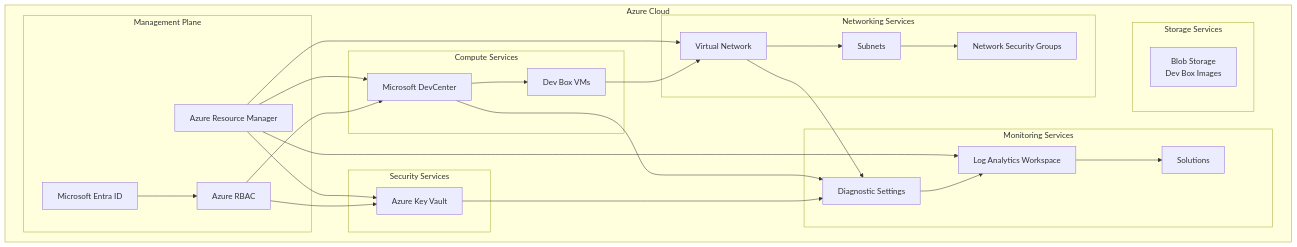
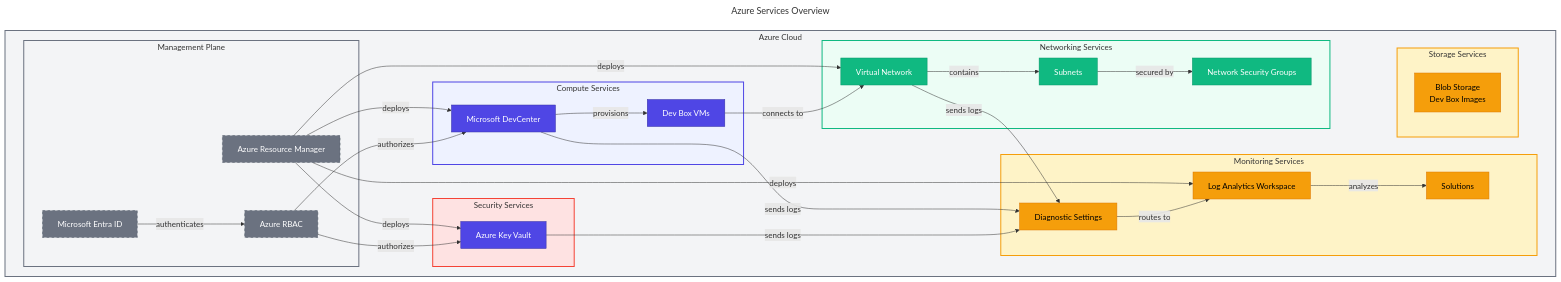
Before and after one commit to Evilazaro/DevExp-DevBox: the first of 14 diagrams in docs/architecture/04-technology-architecture.md, drawn with Mermaid. The commit also changed other lines of this file, not shown here.

Commit message:
Refactor technology architecture documentation to enhance clarity and detail in Azure services flowcharts and four-zone architecture diagrams

````diff
--- a/docs/architecture/04-technology-architecture.md
+++ b/docs/architecture/04-technology-architecture.md
@@ -70,55 +70,89 @@
 ```mermaid
+---
+title: Azure Services Overview
+---
 flowchart TB
+    %% ===== STYLE DEFINITIONS =====
+    classDef primary fill:#4F46E5,stroke:#3730A3,color:#FFFFFF
+    classDef secondary fill:#10B981,stroke:#059669,color:#FFFFFF
+    classDef datastore fill:#F59E0B,stroke:#D97706,color:#000000
+    classDef external fill:#6B7280,stroke:#4B5563,color:#FFFFFF,stroke-dasharray:5 5
+
+    %% ===== AZURE CLOUD =====
     subgraph Azure["Azure Cloud"]
+        %% ===== MANAGEMENT PLANE =====
         subgraph Management["Management Plane"]
-            ARM[Azure Resource Manager]
-            AAD[Microsoft Entra ID]
-            RBAC[Azure RBAC]
+            ARM["Azure Resource Manager"]
+            AAD["Microsoft Entra ID"]
+            RBAC["Azure RBAC"]
         end
 
+        %% ===== COMPUTE SERVICES =====
         subgraph Compute["Compute Services"]
-            DC[Microsoft DevCenter]
-            DEVBOX[Dev Box VMs]
+            DC["Microsoft DevCenter"]
+            DEVBOX["Dev Box VMs"]
         end
 
+        %% ===== SECURITY SERVICES =====
         subgraph Security["Security Services"]
-            KV[Azure Key Vault]
+            KV["Azure Key Vault"]
         end
 
+        %% ===== NETWORKING SERVICES =====
         subgraph Networking["Networking Services"]
-            VNET[Virtual Network]
-            SUBNET[Subnets]
-            NSG[Network Security Groups]
+            VNET["Virtual Network"]
+            SUBNET["Subnets"]
+            NSG["Network Security Groups"]
         end
 
+        %% ===== MONITORING SERVICES =====
         subgraph Monitoring["Monitoring Services"]
-            LA[Log Analytics Workspace]
-            DIAG[Diagnostic Settings]
-            SOL[Solutions]
+            LA["Log Analytics Workspace"]
+            DIAG["Diagnostic Settings"]
+            SOL["Solutions"]
         end
 
+        %% ===== STORAGE SERVICES =====
         subgraph Storage["Storage Services"]
-            BLOB[Blob Storage<br/>Dev Box Images]
+            BLOB["Blob Storage<br/>Dev Box Images"]
         end
     end
 
-    ARM --> DC
-    ARM --> KV
-    ARM --> VNET
-    ARM --> LA
+    %% ===== CONNECTIONS =====
+    ARM -->|"deploys"| DC
+    ARM -->|"deploys"| KV
+    ARM -->|"deploys"| VNET
+    ARM -->|"deploys"| LA
 
-    AAD --> RBAC
-    RBAC --> DC
-    RBAC --> KV
+    AAD -->|"authenticates"| RBAC
+    RBAC -->|"authorizes"| DC
+    RBAC -->|"authorizes"| KV
 
-    DC --> DEVBOX
-    DEVBOX --> VNET
-    VNET --> SUBNET
-    SUBNET --> NSG
+    DC -->|"provisions"| DEVBOX
+    DEVBOX -->|"connects to"| VNET
+    VNET -->|"contains"| SUBNET
+    SUBNET -->|"secured by"| NSG
 
-    DC --> DIAG
-    KV --> DIAG
-    VNET --> DIAG
-    DIAG --> LA
-    LA --> SOL
+    DC -->|"sends logs"| DIAG
+    KV -->|"sends logs"| DIAG
+    VNET -->|"sends logs"| DIAG
+    DIAG -->|"routes to"| LA
+    LA -->|"analyzes"| SOL
+
+    %% ===== APPLY STYLES =====
+    class ARM,AAD,RBAC external
+    class DC,DEVBOX primary
+    class KV primary
+    class VNET,SUBNET,NSG secondary
+    class LA,DIAG,SOL datastore
+    class BLOB datastore
+
+    %% ===== SUBGRAPH STYLING =====
+    style Azure fill:#F3F4F6,stroke:#6B7280,stroke-width:2px
+    style Management fill:#F3F4F6,stroke:#6B7280,stroke-width:2px
+    style Compute fill:#EEF2FF,stroke:#4F46E5,stroke-width:2px
+    style Security fill:#FEE2E2,stroke:#F44336,stroke-width:2px
+    style Networking fill:#ECFDF5,stroke:#10B981,stroke-width:2px
+    style Monitoring fill:#FEF3C7,stroke:#F59E0B,stroke-width:2px
+    style Storage fill:#FEF3C7,stroke:#F59E0B,stroke-width:2px
 ```
````
